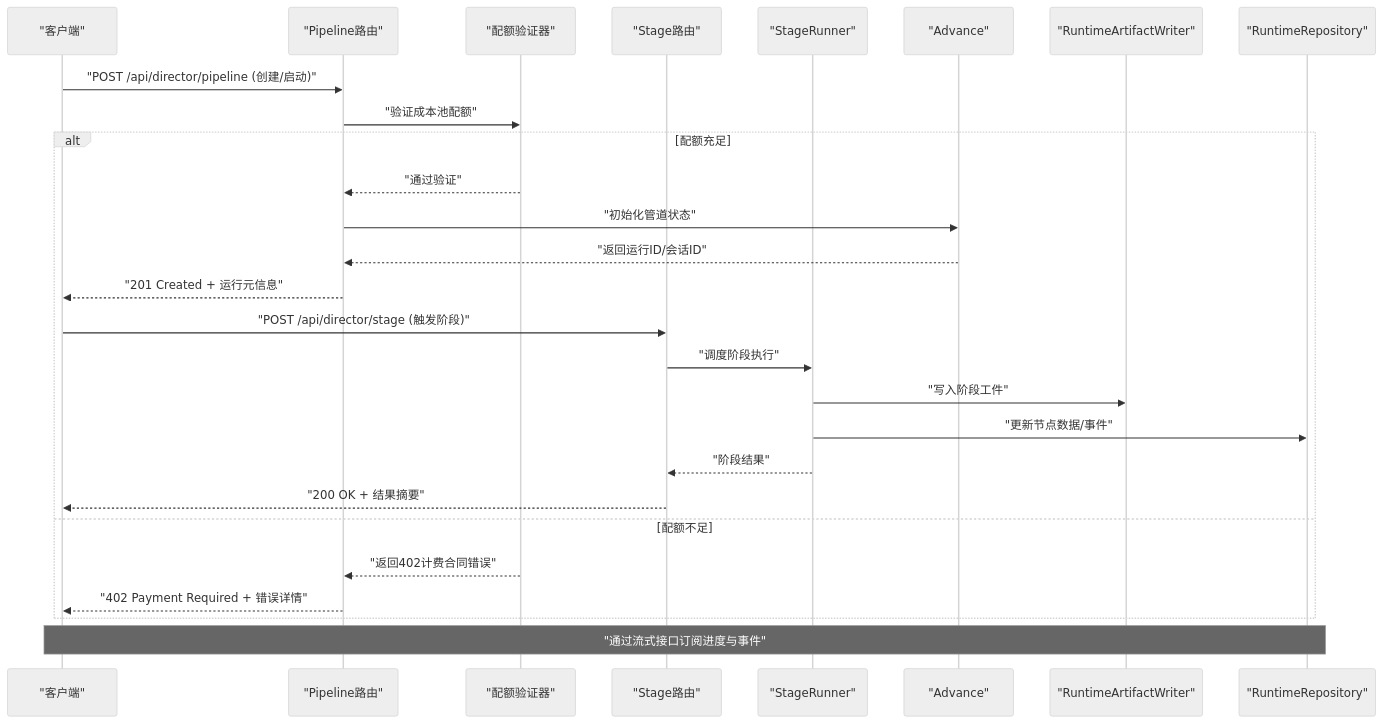
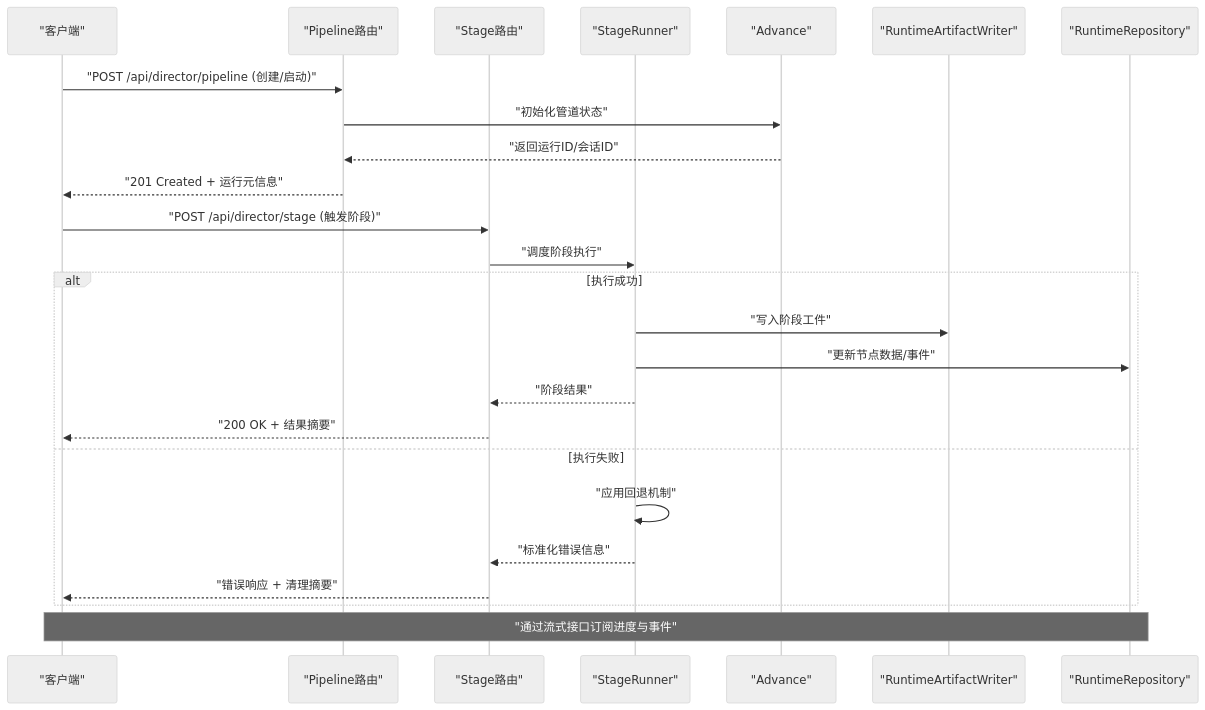
The second of 11 diagrams in .qoder/repowiki/zh/content/API参考/导演系统API/管道编排API.md (scottcwy/PurpleInk), drawn with Mermaid (neutral theme) before and after one commit. The commit also changed other lines of this file and 23 other files, not shown here.

````diff
--- a/.qoder/repowiki/zh/content/API参考/导演系统API/管道编排API.md
+++ b/.qoder/repowiki/zh/content/API参考/导演系统API/管道编排API.md
@@ -143,29 +140,27 @@
 ```mermaid
 sequenceDiagram
 participant C as "客户端"
 participant P as "Pipeline路由"
-participant Q as "配额验证器"
 participant S as "Stage路由"
 participant R as "StageRunner"
 participant A as "Advance"
 participant W as "RuntimeArtifactWriter"
 participant V as "RuntimeRepository"
 C->>P : "POST /api/director/pipeline (创建/启动)"
-P->>Q : "验证成本池配额"
-alt 配额充足
-Q-->>P : "通过验证"
 P->>A : "初始化管道状态"
 A-->>P : "返回运行ID/会话ID"
 P-->>C : "201 Created + 运行元信息"
 C->>S : "POST /api/director/stage (触发阶段)"
 S->>R : "调度阶段执行"
+alt 执行成功
 R->>W : "写入阶段工件"
 R->>V : "更新节点数据/事件"
 R-->>S : "阶段结果"
 S-->>C : "200 OK + 结果摘要"
-else 配额不足
-Q-->>P : "返回402计费合同错误"
-P-->>C : "402 Payment Required + 错误详情"
+else 执行失败
+R->>R : "应用回退机制"
+R-->>S : "标准化错误信息"
+S-->>C : "错误响应 + 清理摘要"
 end
 Note over C,V : "通过流式接口订阅进度与事件"
 ```
````
